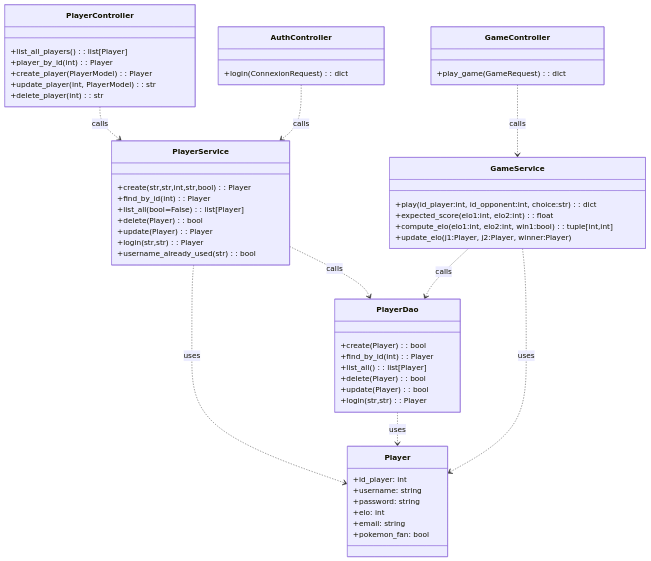
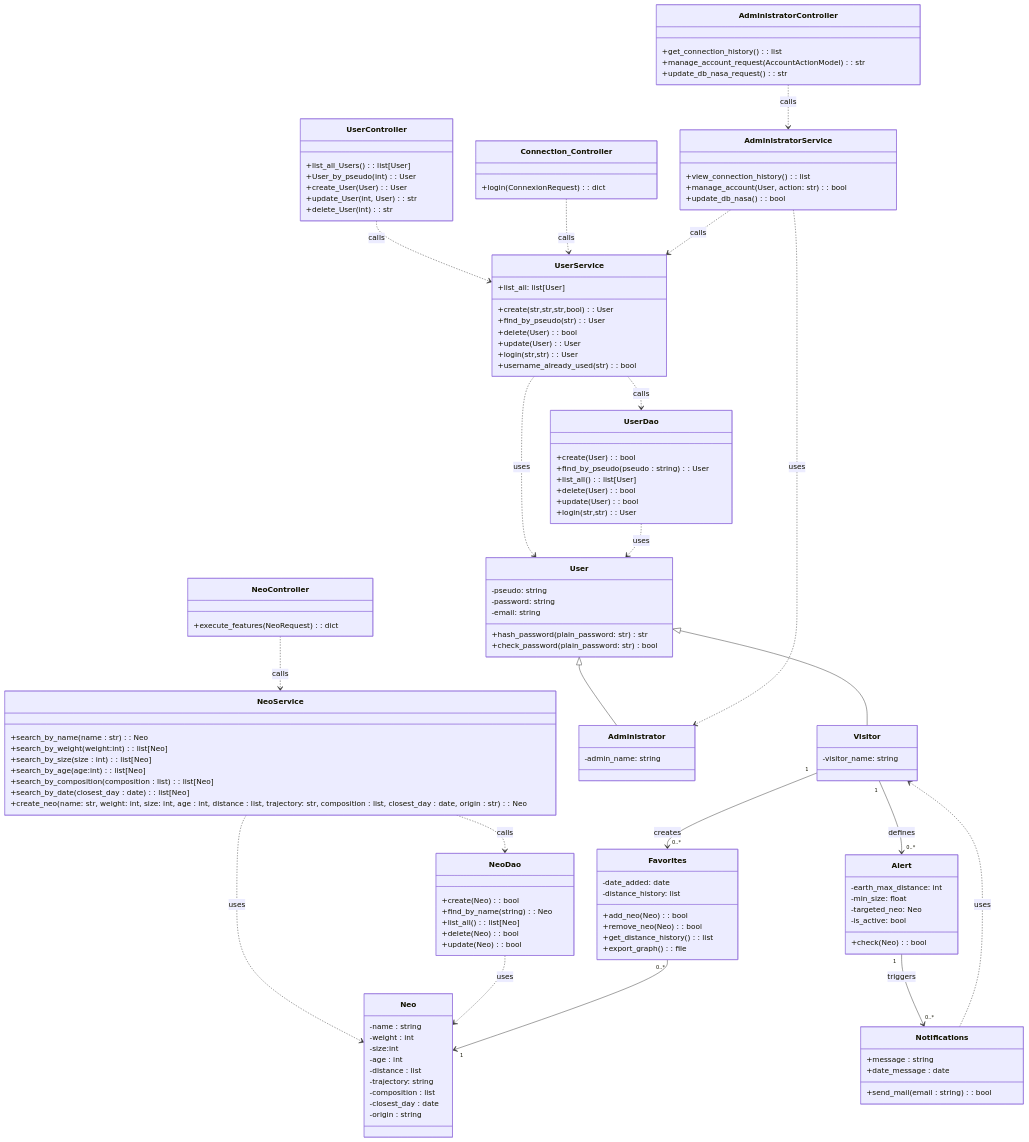
Before and after one commit to tristancabre/Projet-info-2A: the diagram in doc/class_diagram.md, drawn with Mermaid.

Commit message:
Diagramme de classes UML proposition

````diff
--- a/doc/class_diagram.md
+++ b/doc/class_diagram.md
@@ -17,67 +17,146 @@
 ```mermaid
 classDiagram
     %% Business objects
-    class Player {
-        +id_player: int
-        +username: string
-        +password: string
-        +elo: int
-        +email: string
-        +pokemon_fan: bool
+
+    class User {
+        -pseudo: string
+        -password: string
+        -email: string
+        +hash_password(plain_password: str) str
+        +check_password(plain_password: str) bool
     }
-    
-    %% Data Access Objects
-    class PlayerDao {
-        +create(Player): bool
-        +find_by_id(int): Player
-        +list_all(): list[Player]
-        +delete(Player): bool
-        +update(Player): bool
-        +login(str,str): Player
+    class Visitor {
+        -visitor_name: string
     }
-    
-    %% Service layer
-    class PlayerService {
-        +create(str,str,int,str,bool): Player
-        +find_by_id(int): Player
-        +list_all(bool=False): list[Player]
-        +delete(Player): bool
-        +update(Player): Player
-        +login(str,str): Player
+    class Administrator {
+        -admin_name: string
+    }
+
+    class UserDao {
+        +create(User): bool
+        +find_by_pseudo(pseudo : string): User
+        +list_all(): list[User]
+        +delete(User): bool
+        +update(User): bool
+        +login(str,str): User
+    }
+
+    class UserService {
+        +create(str,str,str,bool): User
+        +find_by_pseudo(str): User
+        +list_all: list[User]
+        +delete(User): bool
+        +update(User): User
+        +login(str,str): User
         +username_already_used(str): bool
     }
 
-    class GameService {
-        +play(id_player:int, id_opponent:int, choice:str): dict
-        +expected_score(elo1:int, elo2:int): float
-        +compute_elo(elo1:int, elo2:int, win1:bool): tuple[int,int]
-        +update_elo(j1:Player, j2:Player, winner:Player)
+    
+    class AdministratorService {
+        +view_connection_history(): list
+        +manage_account(User, action: str): bool
+        +update_db_nasa():  bool
+    }
+
+    class AdministratorController {
+        +get_connection_history(): list
+        +manage_account_request(AccountActionModel): str
+        +update_db_nasa_request(): str
+    }
+
+    
+
+    class Neo{
+        -name : string
+        -weight : int
+        -size:int
+        -age : int
+        -distance : list
+        -trajectory: string 
+        -composition : list
+        -closest_day : date
+        -origin : string
+    }
+    class NeoDao {
+        +create(Neo): bool
+        +find_by_name(string): Neo
+        +list_all(): list[Neo]
+        +delete(Neo): bool
+        +update(Neo): bool
+    }
+
+    class NeoService {
+        +search_by_name(name : str): Neo
+        +search_by_weight(weight:int): list[Neo]
+        +search_by_size(size : int): list[Neo]
+        +search_by_age(age:int): list[Neo]
+        +search_by_composition (composition : list) : list[Neo]
+        +search_by_date (closest_day : date): list[Neo]
+        +create_neo(name: str, weight: int, size: int, age : int, distance : list, trajectory: str, composition : list, closest_day : date, origin : str): Neo
     }
     
-    %% Controllers
-    class PlayerController {
-        +list_all_players(): list[Player]
-        +player_by_id(int): Player
-        +create_player(PlayerModel): Player
-        +update_player(int, PlayerModel): str
-        +delete_player(int): str
+    class UserController {
+        +list_all_Users(): list[User]
+        +User_by_pseudo(int): User
+        +create_User(User): User
+        +update_User(int, User): str
+        +delete_User(int): str
     }
 
-    class AuthController {
+    class Connection_Controller {
         +login(ConnexionRequest): dict
     }
 
-    class GameController {
-        +play_game(GameRequest): dict
+    class NeoController {
+        +execute_features(NeoRequest): dict
+    }
+
+    class Alert {
+        -earth_max_distance: int
+        -min_size: float
+        -targeted_neo: Neo
+        -is_active: bool
+        +check(Neo): bool
+    }
+
+    class Notifications {
+        +message : string
+        +date_message : date
+        +send_mail(email : string): bool
+    }
+
+    class Favorites {
+        -date_added: date
+        -distance_history: list
+        +add_neo(Neo): bool
+        +remove_neo(Neo): bool
+        +get_distance_history(): list
+        +export_graph(): file
     }
 
     %% Relationships
-    PlayerService ..> PlayerDao : calls
-    PlayerService ..> Player : uses
-    PlayerDao ..> Player : uses
-    GameService ..> PlayerDao : calls
-    GameService ..> Player : uses
-    PlayerController ..> PlayerService : calls
-    AuthController ..> PlayerService : calls
-    GameController ..> GameService : calls
+    User <|-- Visitor
+    User <|-- Administrator
+    UserService ..> UserDao : calls
+    UserService ..> User : uses
+    UserDao ..> User : uses
+    UserController ..> UserService : calls
+    Connection_Controller ..> UserService : calls
+    AdministratorService ..> UserService : calls
+    AdministratorService ..> Administrator : uses
+    AdministratorController ..> AdministratorService : calls
+    NeoService ..> NeoDao : calls
+    NeoService ..> Neo : uses
+    NeoDao ..> Neo : uses
+    NeoController ..> NeoService : calls
+    Visitor "1" --> "0..*" Favorites : creates
+    Favorites "0..*" --> "1" Neo
+    Notifications ..> Visitor : uses
+    Visitor "1" --> "0..*" Alert : defines
+    Alert "1" --> "0..*" Notifications : triggers
+
+
+
+
+
 ```
````
